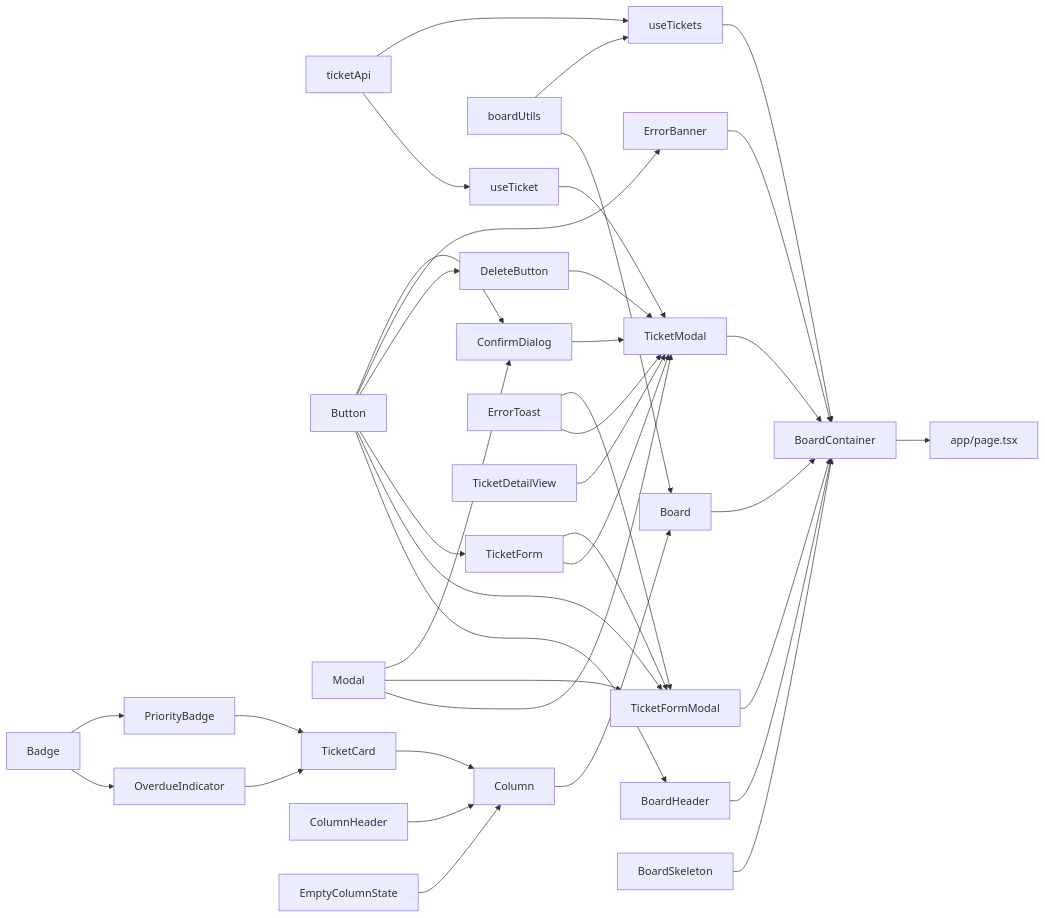
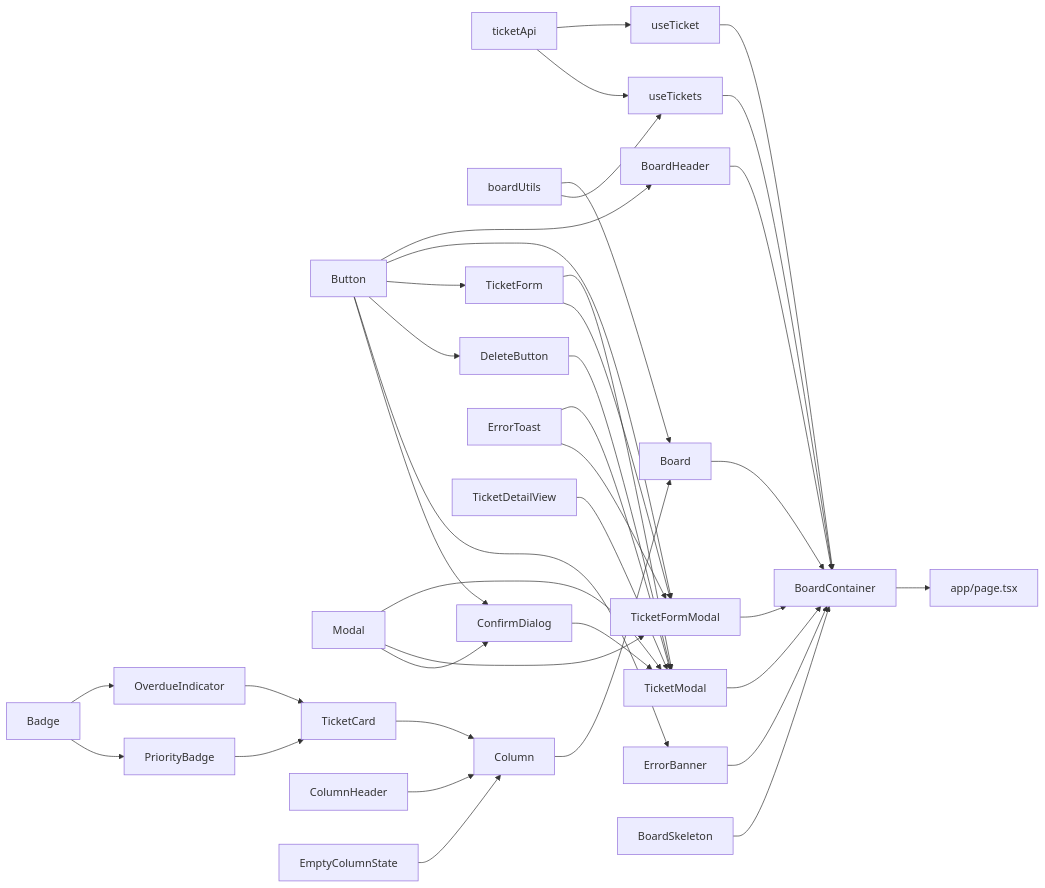
The diagram in docs/FRONTEND_TASKS.md (gaheekim2020-beep/tika), drawn with Mermaid before and after one commit. The commit also changed other lines of this file and 2 other files, not shown here.

Commit message:
[CL] docs: TicketModal을 표시 전용으로 변경 (useTicket 호출은 BoardContainer로 이관)

````diff
--- a/docs/FRONTEND_TASKS.md
+++ b/docs/FRONTEND_TASKS.md
@@ -129,49 +129,49 @@
 ```mermaid
 graph LR
   %% P1 데이터 계층
   ticketApi --> useTickets
   ticketApi --> useTicket
   boardUtils --> useTickets
   boardUtils --> Board
 
   %% P2 말단 컴포넌트
   Badge --> PriorityBadge
   Badge --> OverdueIndicator
   Button --> ConfirmDialog
   Modal --> ConfirmDialog
   Button --> ErrorBanner
 
   %% P3 카드·칼럼
   PriorityBadge --> TicketCard
   OverdueIndicator --> TicketCard
   TicketCard --> Column
   ColumnHeader --> Column
   EmptyColumnState --> Column
   Column --> Board
 
   %% P5 폼·모달
   Button --> DeleteButton
   Button --> TicketForm
   TicketForm --> TicketFormModal
   TicketForm --> TicketModal
   Modal --> TicketFormModal
   Modal --> TicketModal
   Button --> TicketFormModal
   ErrorToast --> TicketFormModal
   ErrorToast --> TicketModal
   TicketDetailView --> TicketModal
   DeleteButton --> TicketModal
   ConfirmDialog --> TicketModal
-  useTicket --> TicketModal
+  useTicket --> BoardContainer
 
   %% P6 컨테이너
   Button --> BoardHeader
   BoardHeader --> BoardContainer
   Board --> BoardContainer
   TicketFormModal --> BoardContainer
   TicketModal --> BoardContainer
   BoardSkeleton --> BoardContainer
   ErrorBanner --> BoardContainer
   useTickets --> BoardContainer
   BoardContainer --> page["app/page.tsx"]
 ```
````
